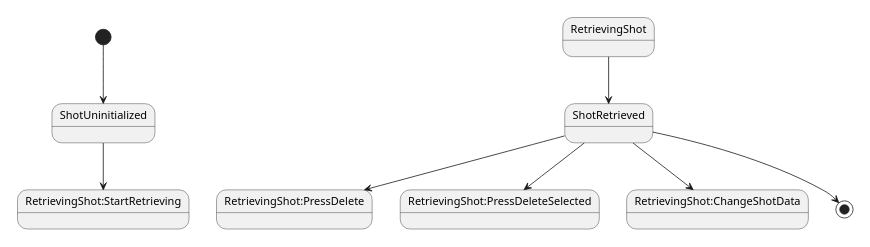
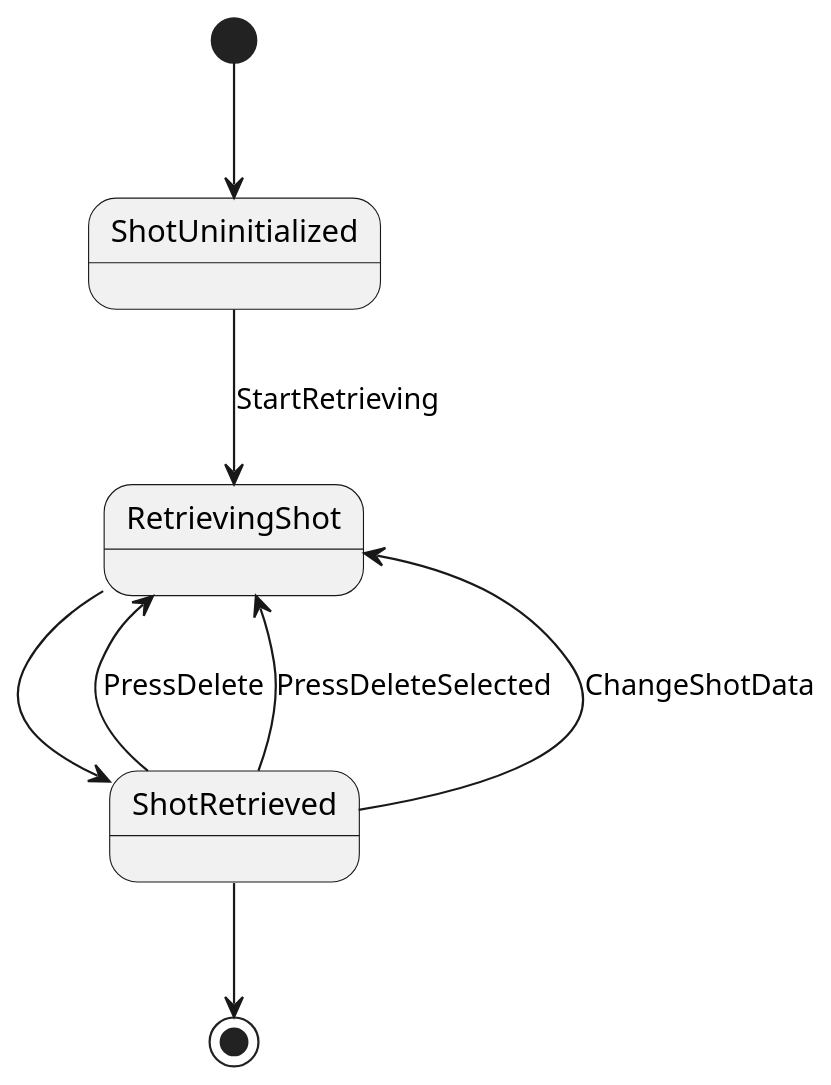
Before and after one commit to amamiseiya/shonichi_Flutter: the diagram in documents/state_diagram/shot_editor_page.wsd, drawn with PlantUML. The commit also changed 210 other files, not shown here.

```diff
--- a/documents/state_diagram/shot_editor_page.wsd
+++ b/documents/state_diagram/shot_editor_page.wsd
@@ -1,12 +1,12 @@
 @startuml ShotEditorPageState
 scale 500 width
 
 [*] --> ShotUninitialized
-ShotUninitialized-->RetrievingShot:StartRetrieving
-RetrievingShot-->ShotRetrieved
-ShotRetrieved-->RetrievingShot:PressDelete
-ShotRetrieved-->RetrievingShot:PressDeleteSelected
-ShotRetrieved-->RetrievingShot:ChangeShotData
-ShotRetrieved-->[*]
+ShotUninitialized --> RetrievingShot : StartRetrieving
+RetrievingShot --> ShotRetrieved
+ShotRetrieved --> RetrievingShot : PressDelete
+ShotRetrieved --> RetrievingShot : PressDeleteSelected
+ShotRetrieved --> RetrievingShot : ChangeShotData
+ShotRetrieved --> [*]
 
 @enduml
```
